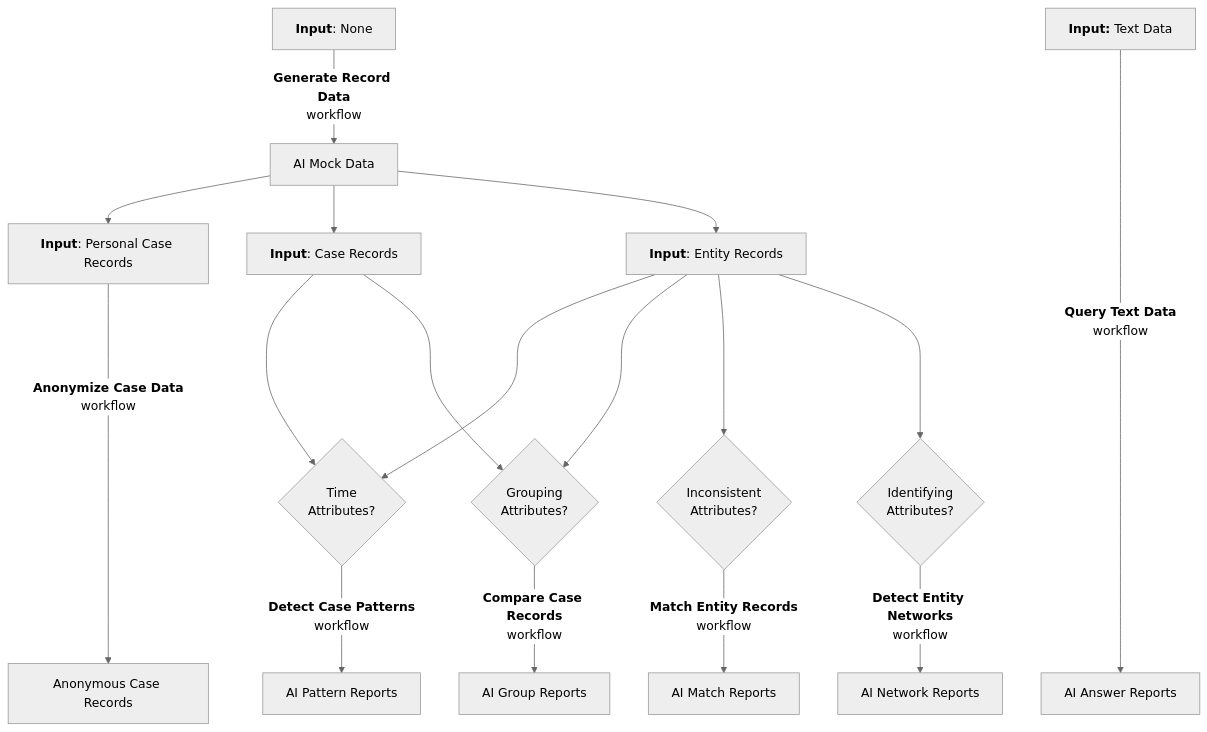
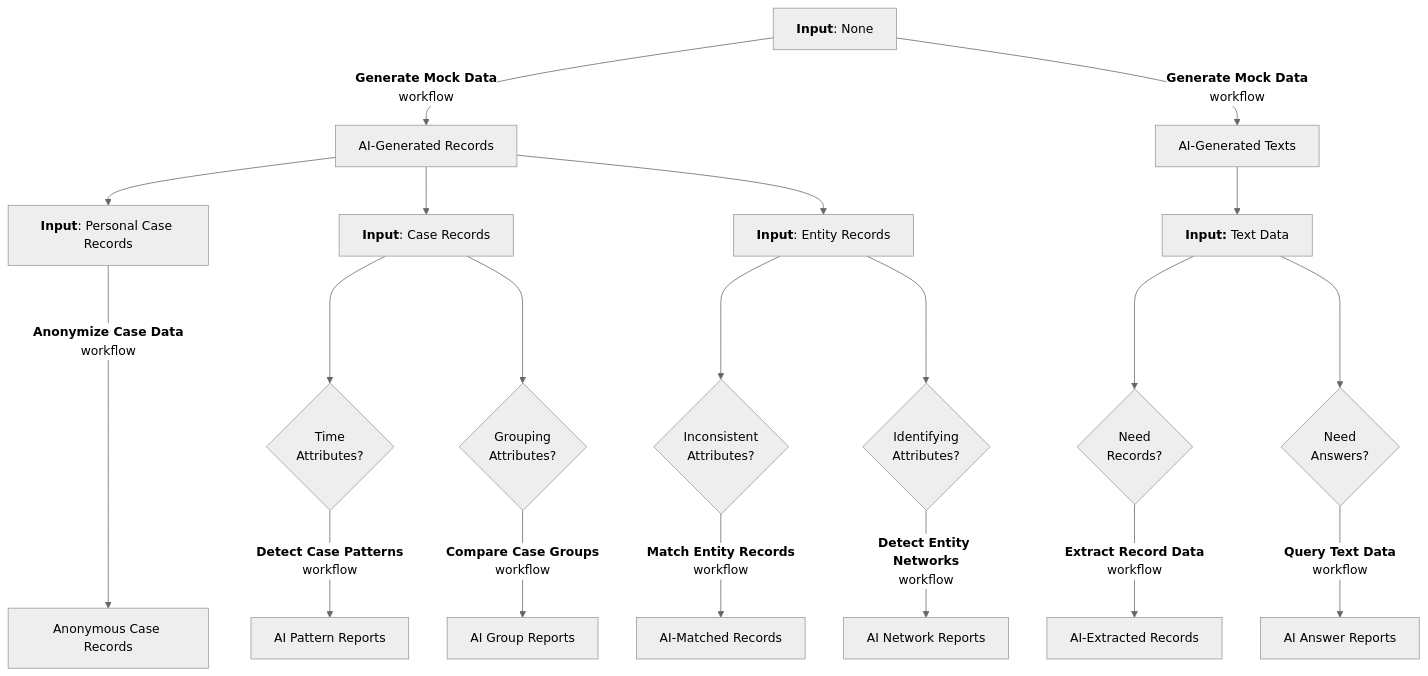
The diagram in README.md (microsoft/intelligence-toolkit), drawn with Mermaid (neutral theme) before and after one commit. The commit also changed other lines of this file and 33 other files, not shown here.

Commit message:
Updates to query text; mock data gen; record extraction

````diff
--- a/README.md
+++ b/README.md
@@ -107,19 +107,20 @@
 ```mermaid
 %%{init: {
   "flowchart": {"htmlLabels": true}} }%%
 flowchart TD
-    NoData["<b>Input</b>: None"] --> |"<b>Generate Record Data</b><br/>workflow"| MockData["Mock Data"]
-    MockData["AI Mock Data"] --> PersonalData["<b>Input</b>: Personal Case Records"]
-    MockData["AI Mock Data"] --> CaseRecords["<b>Input</b>: Case Records"]
-    MockData["AI Mock Data"] --> EntityData["<b>Input</b>: Entity Records"]
+    NoData["<b>Input</b>: None"] --> |"<b>Generate Mock Data</b><br/>workflow"| MockData["AI-Generated Records"]
+    NoData["<b>Input</b>: None"] --> |"<b>Generate Mock Data</b><br/>workflow"| MockText["AI-Generated Texts"]
+    MockText["AI-Generated Texts"] -->  TextDocs["<b>Input:</b> Text Data"]
+    MockData["AI-Generated Records"] --> PersonalData["<b>Input</b>: Personal Case Records"]
+    MockData["AI-Generated Records"] --> CaseRecords["<b>Input</b>: Case Records"]
+    MockData["AI-Generated Records"] --> EntityData["<b>Input</b>: Entity Records"]
     PersonalData["<b>Input</b>: Personal Case Records"] ----> |"<b>Anonymize Case Data</b><br/>workflow"| AnonData["Anonymous Case Records"]
-    EntityData["<b>Input</b>: Entity Records"] ---> HasTime{"Time<br/>Attributes?"}
     CaseRecords["<b>Input</b>: Case Records"] ---> HasTime{"Time<br/>Attributes?"}
     HasTime{"Time<br/>Attributes?"} --> |"<b>Detect Case Patterns</b><br/>workflow"| CasePatterns["AI Pattern Reports"]
-    EntityData["<b>Input</b>: Entity Records"] ---> HasGroups{"Grouping<br/>Attributes?"}
     CaseRecords["<b>Input</b>: Case Records"] ---> HasGroups{"Grouping<br/>Attributes?"}
-    HasGroups{"Grouping<br/>Attributes?"} --> |"<b>Compare Case Records</b><br/>workflow"| MatchedEntities["AI Group Reports"]
-    EntityData["<b>Input</b>: Entity Records"] ---> HasInconsistencies{"Inconsistent<br/>Attributes?"} --> |"<b>Match Entity Records</b><br/>workflow"| RecordLinking["AI Match Reports"]
+    HasGroups{"Grouping<br/>Attributes?"} --> |"<b>Compare Case Groups</b><br/>workflow"| MatchedEntities["AI Group Reports"]
+    EntityData["<b>Input</b>: Entity Records"] ---> HasInconsistencies{"Inconsistent<br/>Attributes?"} --> |"<b>Match Entity Records</b><br/>workflow"| RecordLinking["AI-Matched Records"]
     EntityData["<b>Input</b>: Entity Records"] ---> HasIdentifiers{"Identifying<br/>Attributes?"} --> |"<b>Detect Entity Networks</b><br/>workflow"| NetworkAnalysis["AI Network Reports"]
-    TextDocs["<b>Input:</b> Text Data"] ------> |"<b>Query Text Data</b><br/>workflow"| AnswerReports["AI Answer Reports"]
+    TextDocs["<b>Input:</b> Text Data"] ---> NeedRecords{"Need<br/>Records?"} --> |"<b>Extract Record Data</b><br/>workflow"| ExtractedRecords["AI-Extracted Records"]
+    TextDocs["<b>Input:</b> Text Data"] ---> NeedAnswers{"Need<br/>Answers?"} --> |"<b>Query Text Data</b><br/>workflow"| AnswerReports["AI Answer Reports"]
 ```
````
